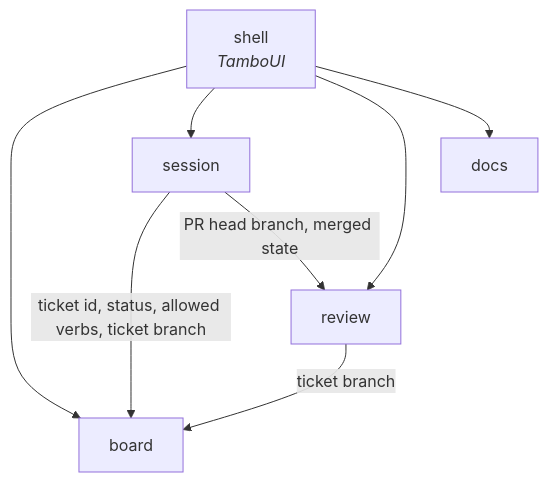
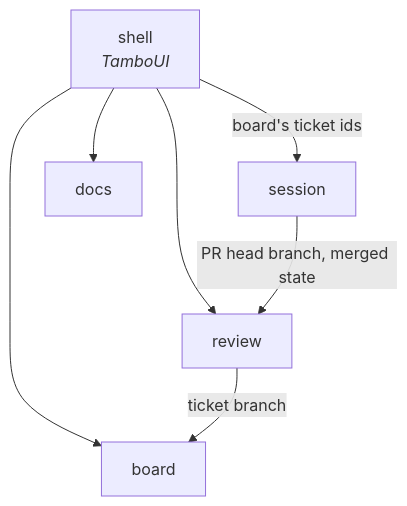
One commit to maxenceng/lazyclaude changed the diagram in docs/context-map.md. Above: the diagram before and after it, drawn with Mermaid. The commit also changed other lines of this file and 71 other files, not shown here.

First line of the commit message:
SESSION-3: A ticket's sessions are linked and listed, with markers on the board and the status line (#16)

````diff
--- a/docs/context-map.md
+++ b/docs/context-map.md
@@ -29,15 +29,14 @@
 ```mermaid
 graph TD
     shell[shell<br/><i>TamboUI</i>]
     board[board]
     session[session]
     review[review]
     docs[docs]
     shell --> board
-    shell --> session
+    shell -- "board's ticket ids" --> session
     shell --> review
     shell --> docs
-    session -- "ticket id, status, allowed verbs, ticket branch" --> board
     session -- "PR head branch, merged state" --> review
     review -- "ticket branch" --> board
 ```
````
